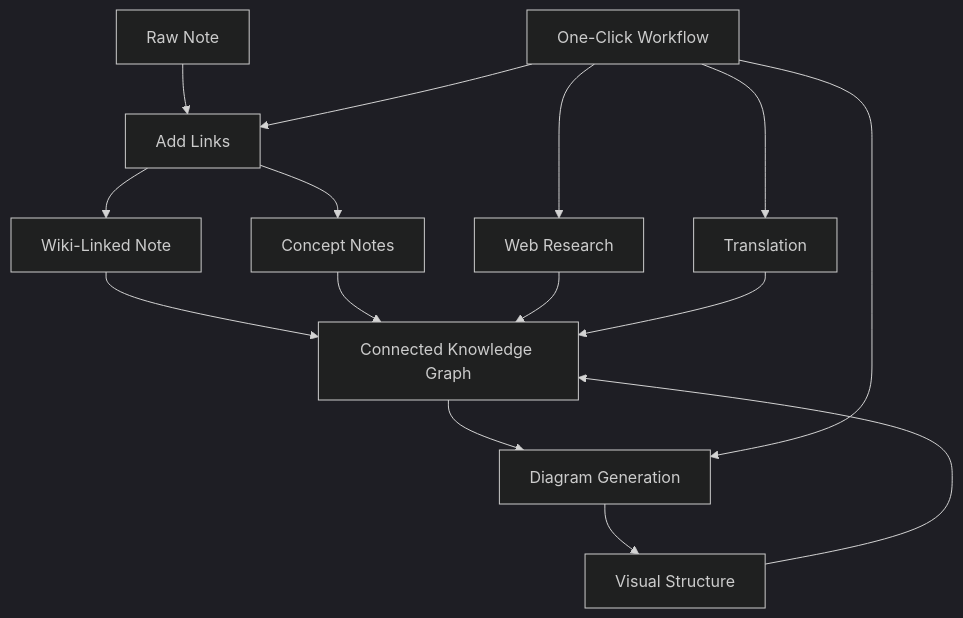
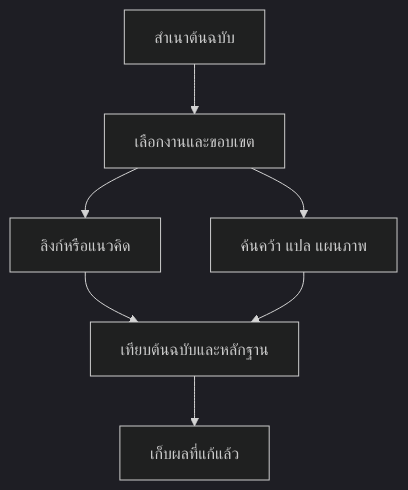
One commit to Jacobinwwey/obsidian-NotEMD changed the diagram in website/i18n/th/docusaurus-plugin-content-docs/current/pillar-ai-knowledge.mdx. Above: the diagram before and after it, drawn with Mermaid (dark theme). The commit also changed other lines of this file and 1032 other files, not shown here.

````diff
--- a/website/i18n/th/docusaurus-plugin-content-docs/current/pillar-ai-knowledge.mdx
+++ b/website/i18n/th/docusaurus-plugin-content-docs/current/pillar-ai-knowledge.mdx
@@ -42,17 +25,9 @@
 ```mermaid
-graph TD
-    A[Raw Note] --> B[Add Links]
-    B --> C[Wiki-Linked Note]
-    B --> D[Concept Notes]
-    C --> E[Connected Knowledge Graph]
+flowchart TD
+    A[สำเนาต้นฉบับ] --> B[เลือกงานและขอบเขต]
+    B --> C[ลิงก์หรือแนวคิด]
+    B --> D[ค้นคว้า แปล แผนภาพ]
+    C --> E[เทียบต้นฉบับและหลักฐาน]
     D --> E
-    F[Web Research] --> E
-    G[Translation] --> E
-    H[Diagram Generation] --> I[Visual Structure]
-    E --> H
-    I --> E
-    J[One-Click Workflow] --> B
-    J --> F
-    J --> G
-    J --> H
+    E --> F[เก็บผลที่แก้แล้ว]
 ```
````
